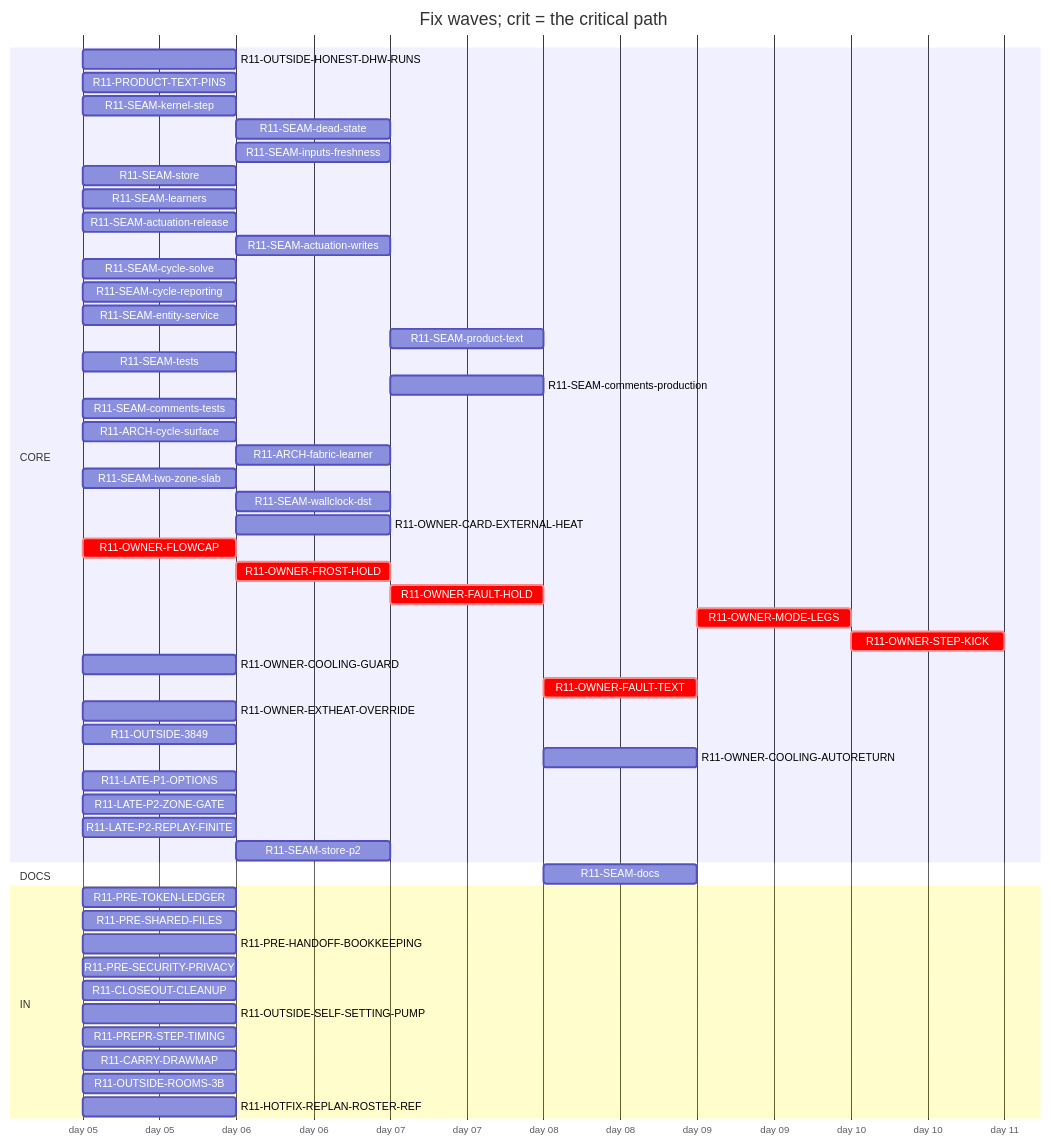
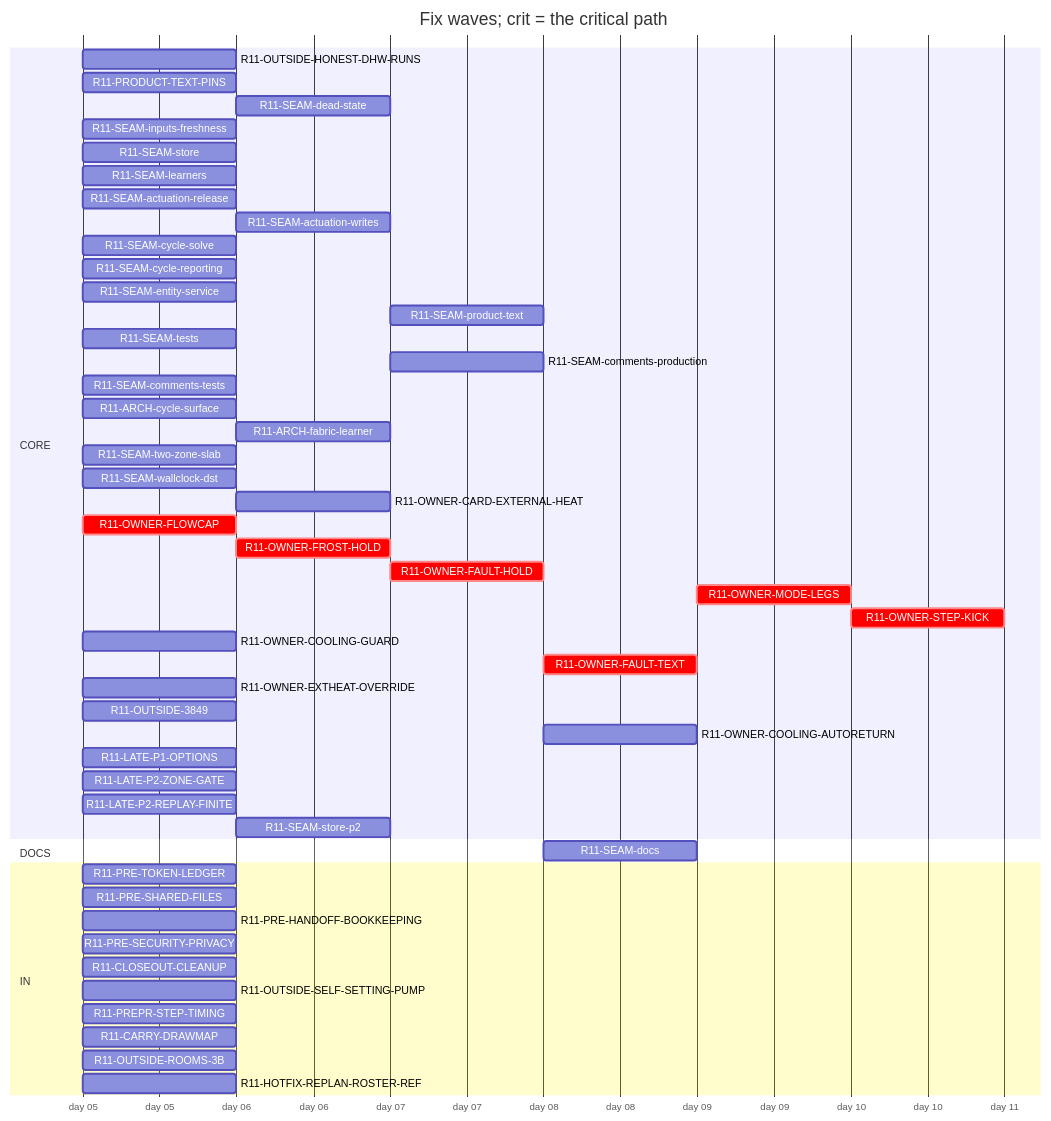
One commit to tvofi/heatpump_optimizer changed the diagram in handoff/round11/state/PLAN-TABLE.md. Above: the diagram before and after it, drawn with Mermaid. The commit also changed other lines of this file and 4 other files, not shown here.

Commit message:
state: FLOW-BOARD.md, NEXT-SESSION-PROMPT.md, PLAN-TABLE.md, PLAN.html, RESUME-CURRENT.md regenerated (state_docs.py)

````diff
--- a/handoff/round11/state/PLAN-TABLE.md
+++ b/handoff/round11/state/PLAN-TABLE.md
@@ -16,55 +16,54 @@
 ```mermaid
 gantt
   title Fix waves; crit = the critical path
   dateFormat YYYY-MM-DD
   axisFormat day %d
   section CORE
     R11-OUTSIDE-HONEST-DHW-RUNS :r11OUTSIDEHONESTDHWRUNS, 2026-01-05, 1d
     R11-PRODUCT-TEXT-PINS :r11PRODUCTTEXTPINS, 2026-01-05, 1d
-    R11-SEAM-kernel-step :r11SEAMkernelstep, 2026-01-05, 1d
     R11-SEAM-dead-state :r11SEAMdeadstate, after r11SEAMstore, 1d
-    R11-SEAM-inputs-freshness :r11SEAMinputsfreshness, after r11SEAMkernelstep, 1d
+    R11-SEAM-inputs-freshness :r11SEAMinputsfreshness, 2026-01-05, 1d
     R11-SEAM-store :r11SEAMstore, 2026-01-05, 1d
     R11-SEAM-learners :r11SEAMlearners, 2026-01-05, 1d
     R11-SEAM-actuation-release :r11SEAMactuationrelease, 2026-01-05, 1d
-    R11-SEAM-actuation-writes :r11SEAMactuationwrites, after r11SEAMkernelstep r11SEAMactuationrelease, 1d
+    R11-SEAM-actuation-writes :r11SEAMactuationwrites, after r11SEAMactuationrelease, 1d
     R11-SEAM-cycle-solve :r11SEAMcyclesolve, 2026-01-05, 1d
     R11-SEAM-cycle-reporting :r11SEAMcyclereporting, 2026-01-05, 1d
     R11-SEAM-entity-service :r11SEAMentityservice, 2026-01-05, 1d
     R11-SEAM-product-text :r11SEAMproducttext, after r11SEAMactuationrelease r11SEAMactuationwrites r11SEAMentityservice r11SEAMinputsfreshness r11SEAMcyclesolve r11SEAMcyclereporting, 1d
     R11-SEAM-tests :r11SEAMtests, 2026-01-05, 1d
     R11-SEAM-comments-production :r11SEAMcommentsproduction, after r11SEAMactuationrelease r11SEAMactuationwrites r11SEAMentityservice r11SEAMinputsfreshness r11SEAMcyclesolve r11SEAMcyclereporting, 1d
     R11-SEAM-comments-tests :r11SEAMcommentstests, 2026-01-05, 1d
     R11-ARCH-cycle-surface :r11ARCHcyclesurface, 2026-01-05, 1d
     R11-ARCH-fabric-learner :r11ARCHfabriclearner, after r11SEAMlearners, 1d
     R11-SEAM-two-zone-slab :r11SEAMtwozoneslab, 2026-01-05, 1d
-    R11-SEAM-wallclock-dst :r11SEAMwallclockdst, after r11SEAMkernelstep, 1d
+    R11-SEAM-wallclock-dst :r11SEAMwallclockdst, 2026-01-05, 1d
     R11-OWNER-CARD-EXTERNAL-HEAT :r11OWNERCARDEXTERNALHEAT, after r11OWNEREXTHEATOVERRIDE, 1d
     R11-OWNER-FLOWCAP :crit, r11OWNERFLOWCAP, 2026-01-05, 1d
     R11-OWNER-FROST-HOLD :crit, r11OWNERFROSTHOLD, after r11OWNERFLOWCAP, 1d
     R11-OWNER-FAULT-HOLD :crit, r11OWNERFAULTHOLD, after r11OWNERFROSTHOLD, 1d
     R11-OWNER-MODE-LEGS :crit, r11OWNERMODELEGS, after r11OWNERFAULTTEXT, 1d
     R11-OWNER-STEP-KICK :crit, r11OWNERSTEPKICK, after r11OWNERMODELEGS, 1d
     R11-OWNER-COOLING-GUARD :r11OWNERCOOLINGGUARD, 2026-01-05, 1d
     R11-OWNER-FAULT-TEXT :crit, r11OWNERFAULTTEXT, after r11OWNERFAULTHOLD, 1d
     R11-OWNER-EXTHEAT-OVERRIDE :r11OWNEREXTHEATOVERRIDE, 2026-01-05, 1d
     R11-OUTSIDE-3849 :r11OUTSIDE3849, 2026-01-05, 1d
     R11-OWNER-COOLING-AUTORETURN :r11OWNERCOOLINGAUTORETURN, after r11OWNERCOOLINGGUARD r11OWNERFAULTHOLD, 1d
     R11-LATE-P1-OPTIONS :r11LATEP1OPTIONS, 2026-01-05, 1d
     R11-LATE-P2-ZONE-GATE :r11LATEP2ZONEGATE, 2026-01-05, 1d
     R11-LATE-P2-REPLAY-FINITE :r11LATEP2REPLAYFINITE, 2026-01-05, 1d
     R11-SEAM-store-p2 :r11SEAMstorep2, after r11SEAMstore, 1d
   section DOCS
     R11-SEAM-docs :r11SEAMdocs, after r11SEAMlearners r11SEAMactuationrelease r11SEAMactuationwrites r11SEAMentityservice r11SEAMinputsfreshness r11SEAMcyclesolve r11SEAMcyclereporting r11SEAMproducttext, 1d
   section IN
     R11-PRE-TOKEN-LEDGER :r11PRETOKENLEDGER, 2026-01-05, 1d
     R11-PRE-SHARED-FILES :r11PRESHAREDFILES, 2026-01-05, 1d
     R11-PRE-HANDOFF-BOOKKEEPING :r11PREHANDOFFBOOKKEEPING, 2026-01-05, 1d
     R11-PRE-SECURITY-PRIVACY :r11PRESECURITYPRIVACY, 2026-01-05, 1d
     R11-CLOSEOUT-CLEANUP :r11CLOSEOUTCLEANUP, 2026-01-05, 1d
     R11-OUTSIDE-SELF-SETTING-PUMP :r11OUTSIDESELFSETTINGPUMP, 2026-01-05, 1d
     R11-PREPR-STEP-TIMING :r11PREPRSTEPTIMING, 2026-01-05, 1d
     R11-CARRY-DRAWMAP :r11CARRYDRAWMAP, 2026-01-05, 1d
     R11-OUTSIDE-ROOMS-3B :r11OUTSIDEROOMS3B, 2026-01-05, 1d
     R11-HOTFIX-REPLAN-ROSTER-REF :r11HOTFIXREPLANROSTERREF, 2026-01-05, 1d
 ```
````
